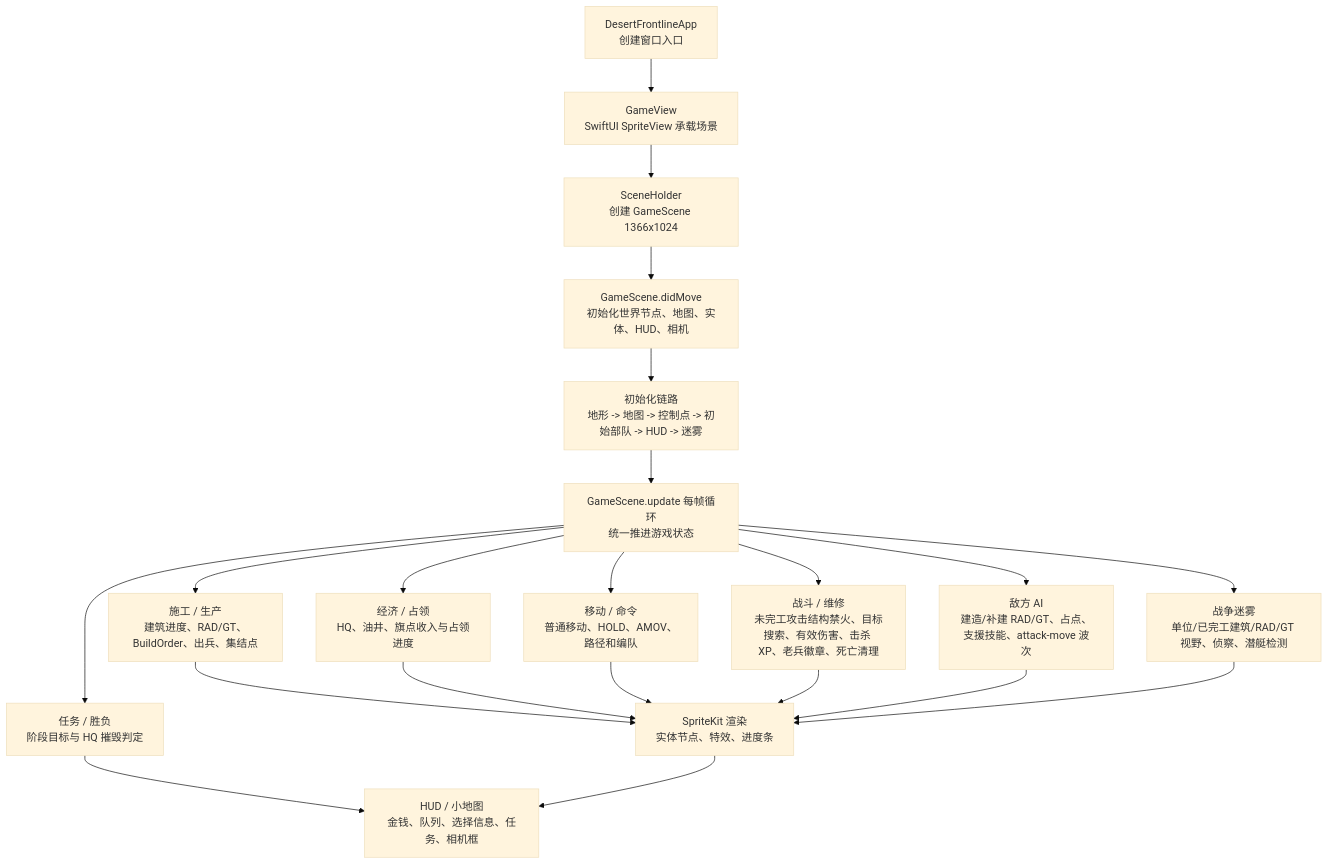
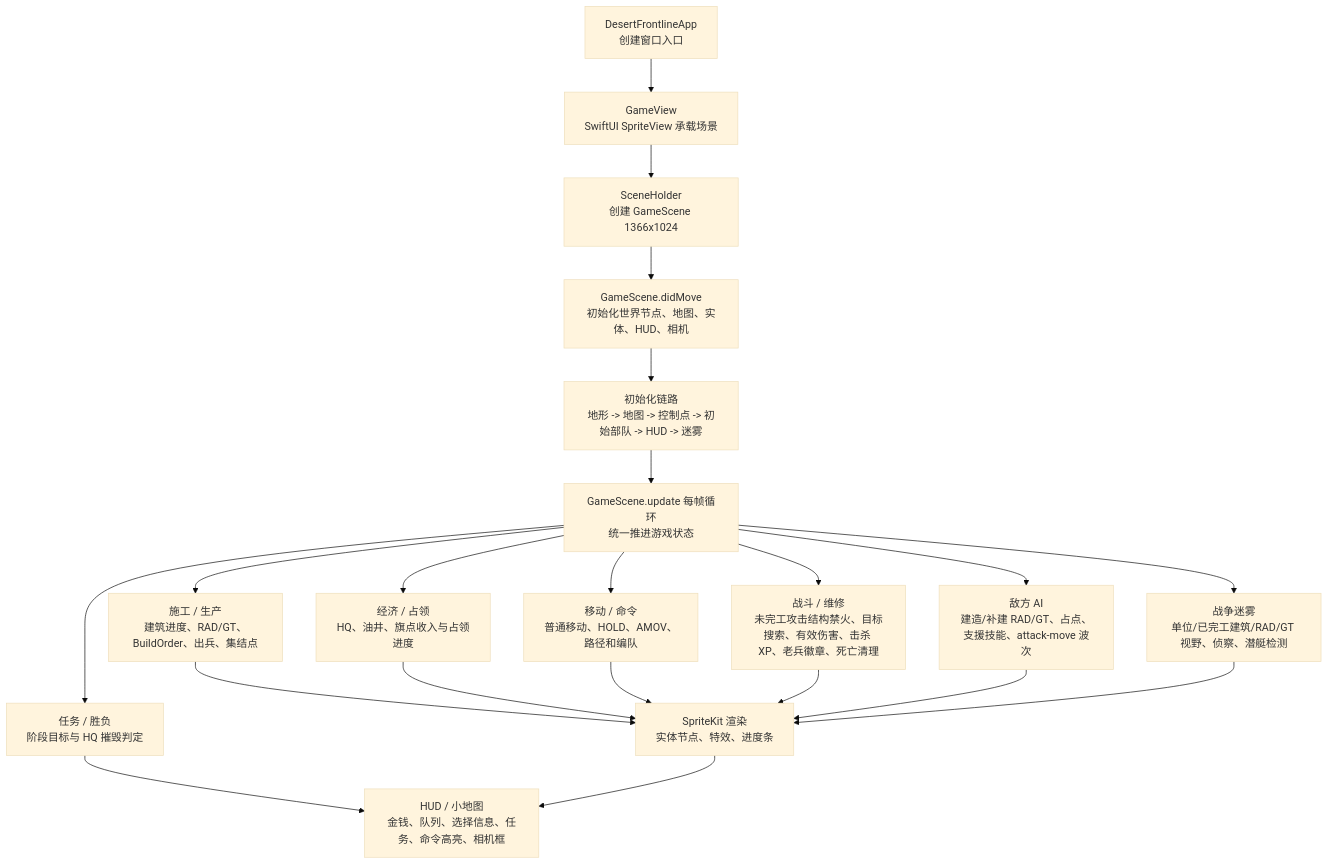
One commit to Altman-sam114/1145 changed the first of 3 diagrams in md/flow/flowchart.md. Above: the diagram before and after it, drawn with Mermaid (base theme). The commit also changed other lines of this file and 4 other files, not shown here.

````diff
--- a/md/flow/flowchart.md
+++ b/md/flow/flowchart.md
@@ -9,23 +9,23 @@
 ```mermaid
 flowchart TD
   App["DesertFrontlineApp\n创建窗口入口"] --> View["GameView\nSwiftUI SpriteView 承载场景"]
   View --> Holder["SceneHolder\n创建 GameScene 1366x1024"]
   Holder --> Scene["GameScene.didMove\n初始化世界节点、地图、实体、HUD、相机"]
   Scene --> Init["初始化链路\n地形 -> 地图 -> 控制点 -> 初始部队 -> HUD -> 迷雾"]
   Init --> Loop["GameScene.update 每帧循环\n统一推进游戏状态"]
   Loop --> Build["施工 / 生产\n建筑进度、RAD/GT、BuildOrder、出兵、集结点"]
   Loop --> Economy["经济 / 占领\nHQ、油井、旗点收入与占领进度"]
   Loop --> Commands["移动 / 命令\n普通移动、HOLD、AMOV、路径和编队"]
   Loop --> Combat["战斗 / 维修\n未完工攻击结构禁火、目标搜索、有效伤害、击杀 XP、老兵徽章、死亡清理"]
   Loop --> AI["敌方 AI\n建造/补建 RAD/GT、占点、支援技能、attack-move 波次"]
   Loop --> Fog["战争迷雾\n单位/已完工建筑/RAD/GT 视野、侦察、潜艇检测"]
   Loop --> Mission["任务 / 胜负\n阶段目标与 HQ 摧毁判定"]
   Build --> Render["SpriteKit 渲染\n实体节点、特效、进度条"]
   Economy --> Render
   Commands --> Render
   Combat --> Render
   AI --> Render
   Fog --> Render
-  Mission --> HUD["HUD / 小地图\n金钱、队列、选择信息、任务、相机框"]
+  Mission --> HUD["HUD / 小地图\n金钱、队列、选择信息、任务、命令高亮、相机框"]
   Render --> HUD
 ```
````
